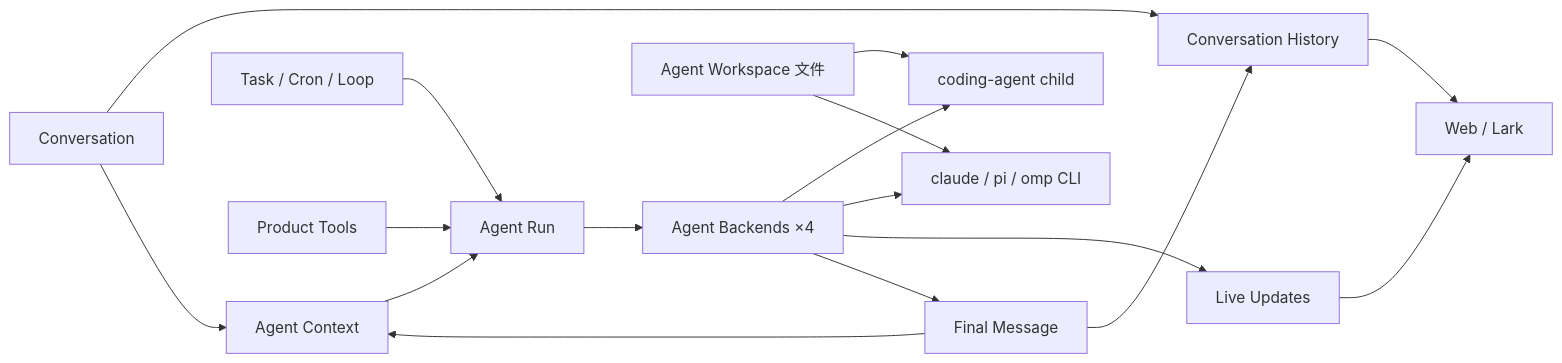
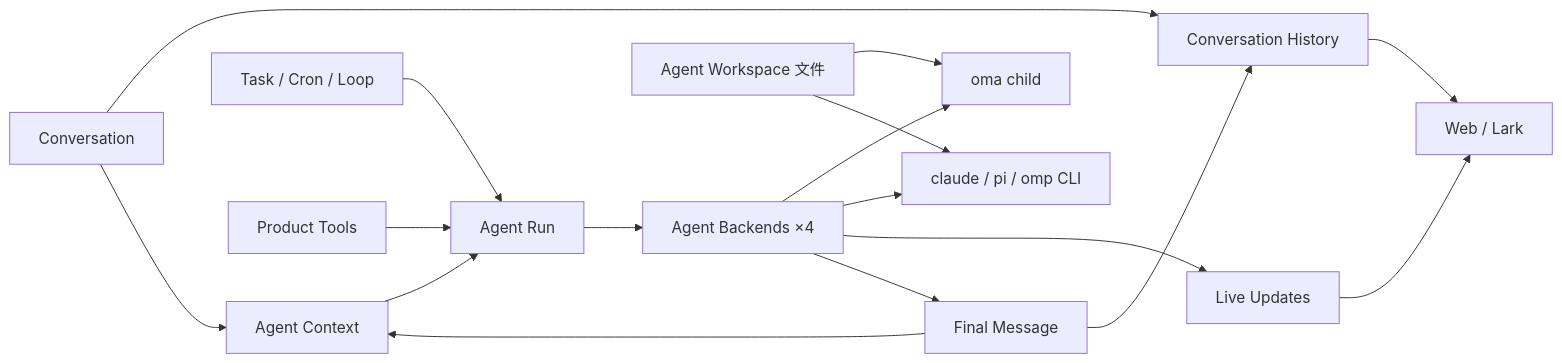
The first of 3 diagrams in docs/architecture/map.md (Chengchcc/my-agent-dev), drawn with Mermaid before and after one commit. The commit also changed 451 other files, not shown here.

First line of the commit message:
refactor(repo): rename coding-agent to oma and split wire protocol

````diff
--- a/docs/architecture/map.md
+++ b/docs/architecture/map.md
@@ -7,19 +7,19 @@
 ```mermaid
 flowchart LR
   Conversation[Conversation] --> History[Conversation History]
   Conversation --> Context[Agent Context]
   Context --> Run[Agent Run]
   Automation[Task / Cron / Loop] --> Run
   Tools[Product Tools] --> Run
   Run --> Backend[Agent Backends ×4]
-  Backend --> Child[coding-agent child]
+  Backend --> Child[oma child]
   Backend --> Cli[claude / pi / omp CLI]
   Workspace[Agent Workspace 文件] --> Child
   Workspace --> Cli
   Backend --> Updates[Live Updates]
   Backend --> Message[Final Message]
   Message --> History
   Message --> Context
   History --> Web[Web / Lark]
   Updates --> Web
 ```
````
